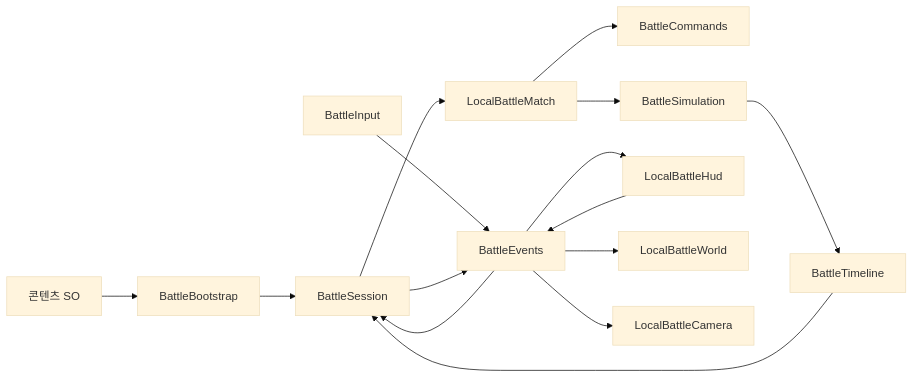
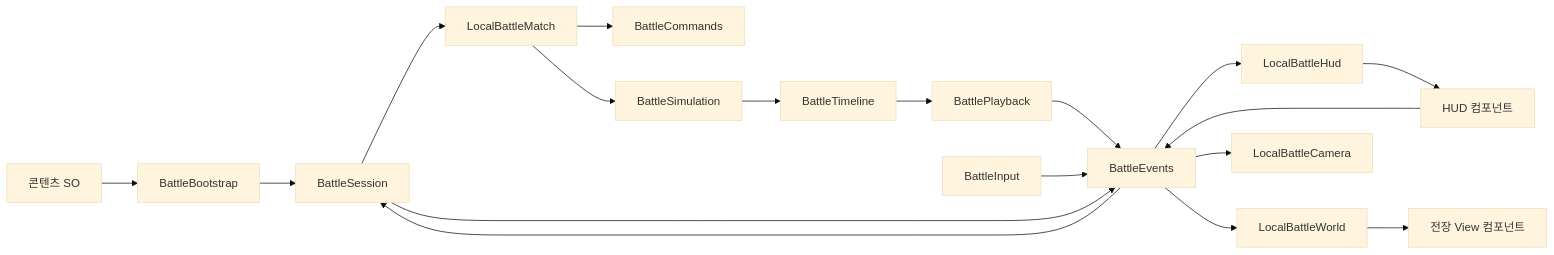
One commit to heejun2822/TurnZero changed the diagram in Project/GameArchitecture.md. Above: the diagram before and after it, drawn with Mermaid (base theme). The commit also changed other lines of this file and 3 other files, not shown here.

````diff
--- a/Project/GameArchitecture.md
+++ b/Project/GameArchitecture.md
@@ -34,17 +92,20 @@
 ```mermaid
 flowchart LR
   Data[콘텐츠 SO] --> Bootstrap[BattleBootstrap]
   Bootstrap --> Session[BattleSession]
   Session --> Match[LocalBattleMatch]
   Match --> Commands[BattleCommands]
   Match --> Simulation[BattleSimulation]
   Simulation --> Timeline[BattleTimeline]
-  Timeline --> Session
+  Timeline --> Playback[BattlePlayback]
+  Playback --> Events
   Input[BattleInput] --> Events[BattleEvents]
-  HUD[LocalBattleHud] --> Events
+  HUD[HUD 컴포넌트] --> Events
   Events --> Session
   Session --> Events
-  Events --> HUD
+  Events --> HudRoot[LocalBattleHud]
+  HudRoot --> HUD
   Events --> World[LocalBattleWorld]
+  World --> WorldViews[전장 View 컴포넌트]
   Events --> Camera[LocalBattleCamera]
 ```
````
